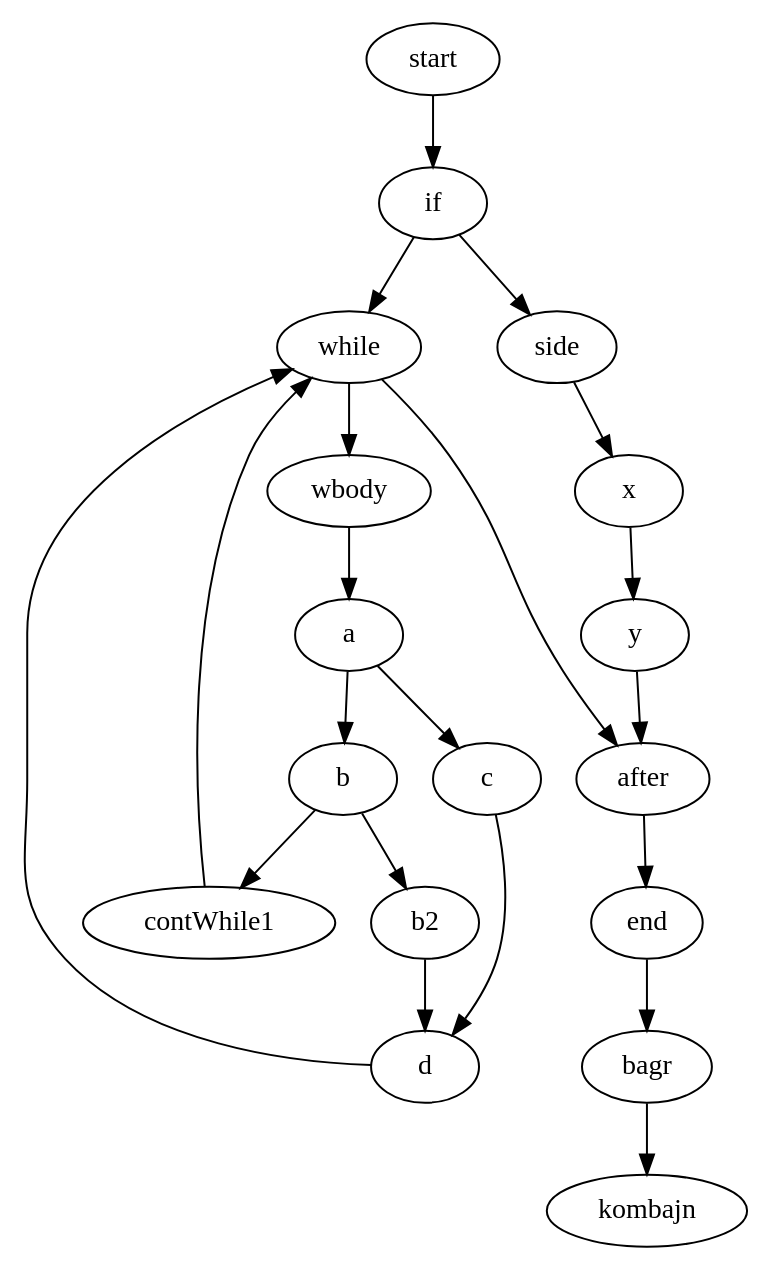
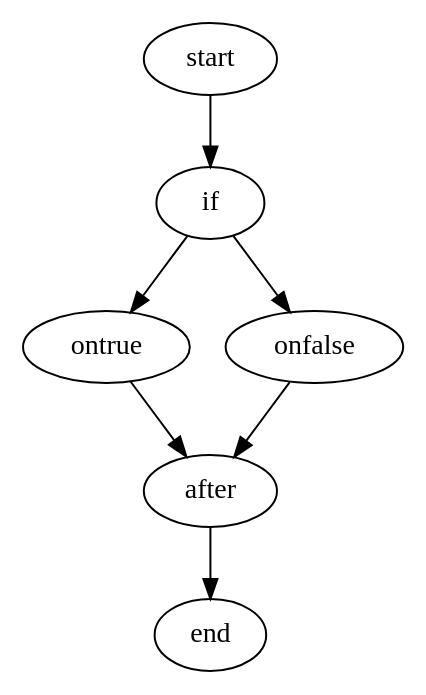
The diagram in graphs/b.gv (jindrapetrik/graphs), drawn with Graphviz before and after one commit. The commit also changed 9 other files, not shown here.

```diff
--- a/graphs/b.gv
+++ b/graphs/b.gv
@@ -1,23 +1,10 @@
-/*b*/
-digraph while {
-start->if;
-if->while;
-if->side;
-side->x->y->after;
-
-while;
-while->after->end->bagr->kombajn;
-while->wbody;
-wbody->a;
-a->b;
-a->c;
-
-b->b2;
-b->contWhile1->while;
-
-b2->d;
+digraph if {
+start:s->if;
+if->ontrue;
+ontrue->after;
+if->onfalse;
+onfalse->after
 
 
-c->d;
-d->while;
+after-> end:n;
 }
```
